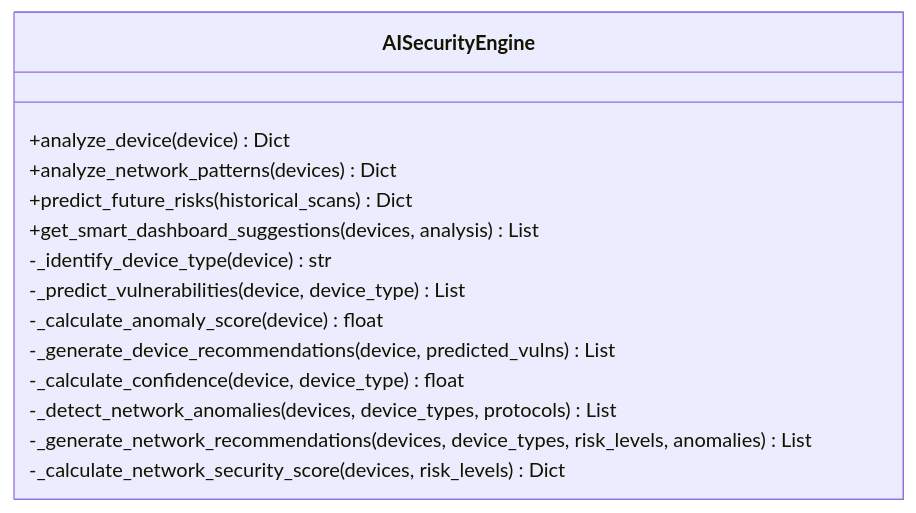
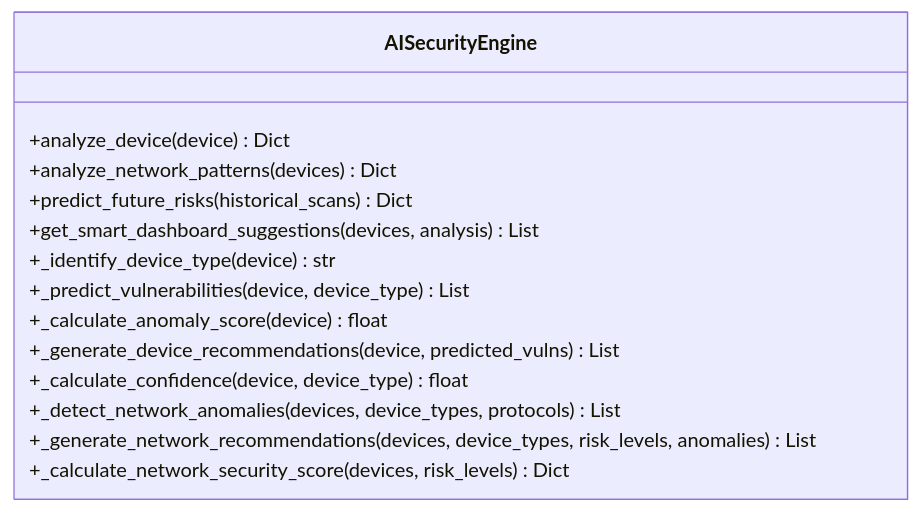
The fifth of 9 diagrams in .qoder/repowiki/en/content/Security Engine/Security Engine.md (MohandWaleed3/PentexOne), drawn with Mermaid before and after one commit. The commit also changed other lines of this file and 16 other files, not shown here.

````diff
--- a/.qoder/repowiki/en/content/Security Engine/Security Engine.md
+++ b/.qoder/repowiki/en/content/Security Engine/Security Engine.md
@@ -272,17 +287,17 @@
 ```mermaid
 classDiagram
 class AISecurityEngine {
 +analyze_device(device) Dict
 +analyze_network_patterns(devices) Dict
 +predict_future_risks(historical_scans) Dict
 +get_smart_dashboard_suggestions(devices, analysis) List
--_identify_device_type(device) str
--_predict_vulnerabilities(device, device_type) List
--_calculate_anomaly_score(device) float
--_generate_device_recommendations(device, predicted_vulns) List
--_calculate_confidence(device, device_type) float
--_detect_network_anomalies(devices, device_types, protocols) List
--_generate_network_recommendations(devices, device_types, risk_levels, anomalies) List
--_calculate_network_security_score(devices, risk_levels) Dict
++_identify_device_type(device) str
++_predict_vulnerabilities(device, device_type) List
++_calculate_anomaly_score(device) float
++_generate_device_recommendations(device, predicted_vulns) List
++_calculate_confidence(device, device_type) float
++_detect_network_anomalies(devices, device_types, protocols) List
++_generate_network_recommendations(devices, device_types, risk_levels, anomalies) List
++_calculate_network_security_score(devices, risk_levels) Dict
 }
 ```
````
